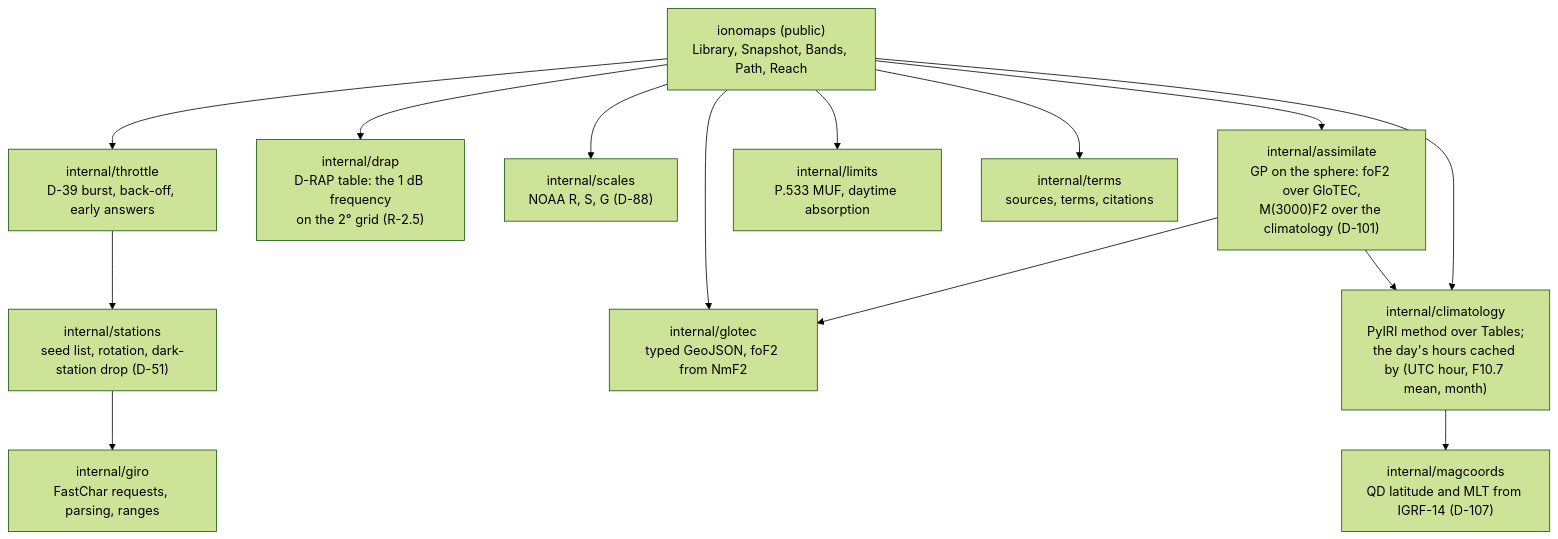
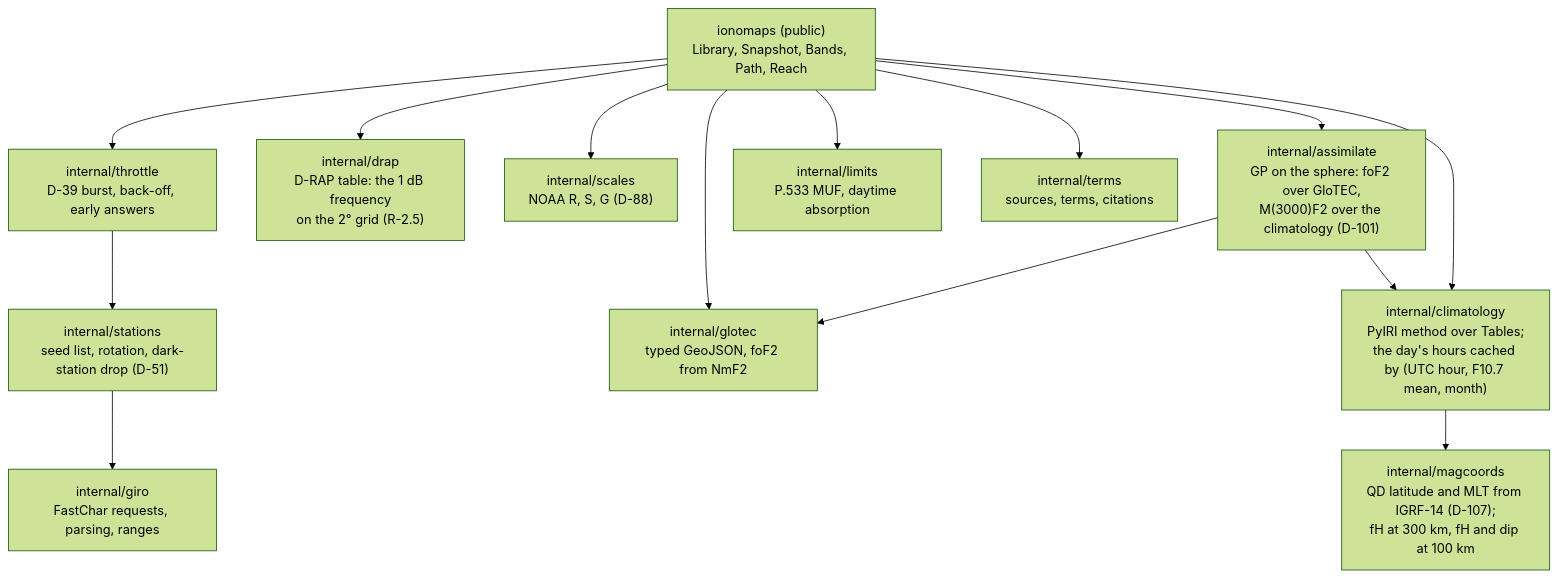
The diagram in 06_docs/02_features/go-ionomaps/03-architecture-design/design.md (branden-thompson/go-ionomaps), drawn with Mermaid (forest theme) before and after one commit. The commit also changed other lines of this file and 16 other files, not shown here.

````diff
--- a/06_docs/02_features/go-ionomaps/03-architecture-design/design.md
+++ b/06_docs/02_features/go-ionomaps/03-architecture-design/design.md
@@ -19,26 +19,26 @@
 ```mermaid
 flowchart TB
   API["ionomaps (public)<br/>Library, Snapshot, Bands, Path, Reach"]
   THR["internal/throttle<br/>D-39 burst, back-off, early answers"]
   ST["internal/stations<br/>seed list, rotation, dark-station drop (D-51)"]
   GIRO["internal/giro<br/>FastChar requests, parsing, ranges"]
   GT["internal/glotec<br/>typed GeoJSON, foF2 from NmF2"]
   DR["internal/drap<br/>D-RAP table: the 1 dB frequency<br/>on the 2° grid (R-2.5)"]
   SC["internal/scales<br/>NOAA R, S, G (D-88)"]
   CL["internal/climatology<br/>PyIRI method over Tables;<br/>the day's hours cached by (UTC hour, F10.7 mean, month)"]
-  MC["internal/magcoords<br/>QD latitude and MLT from IGRF-14 (D-107)"]
+  MC["internal/magcoords<br/>QD latitude and MLT from IGRF-14 (D-107);<br/>fH at 300 km, fH and dip at 100 km"]
   AS["internal/assimilate<br/>GP on the sphere: foF2 over GloTEC,<br/>M(3000)F2 over the climatology (D-101)"]
   LIM["internal/limits<br/>P.533 MUF, daytime absorption"]
   TM["internal/terms<br/>sources, terms, citations"]
   API --> THR --> ST --> GIRO
   API --> GT
   API --> DR
   API --> SC
   API --> AS
   AS --> GT
   AS --> CL
   API --> LIM
   API --> CL
   CL --> MC
   API --> TM
 ```
````
